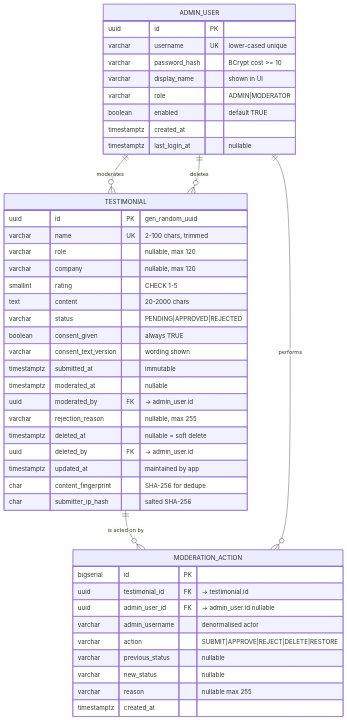
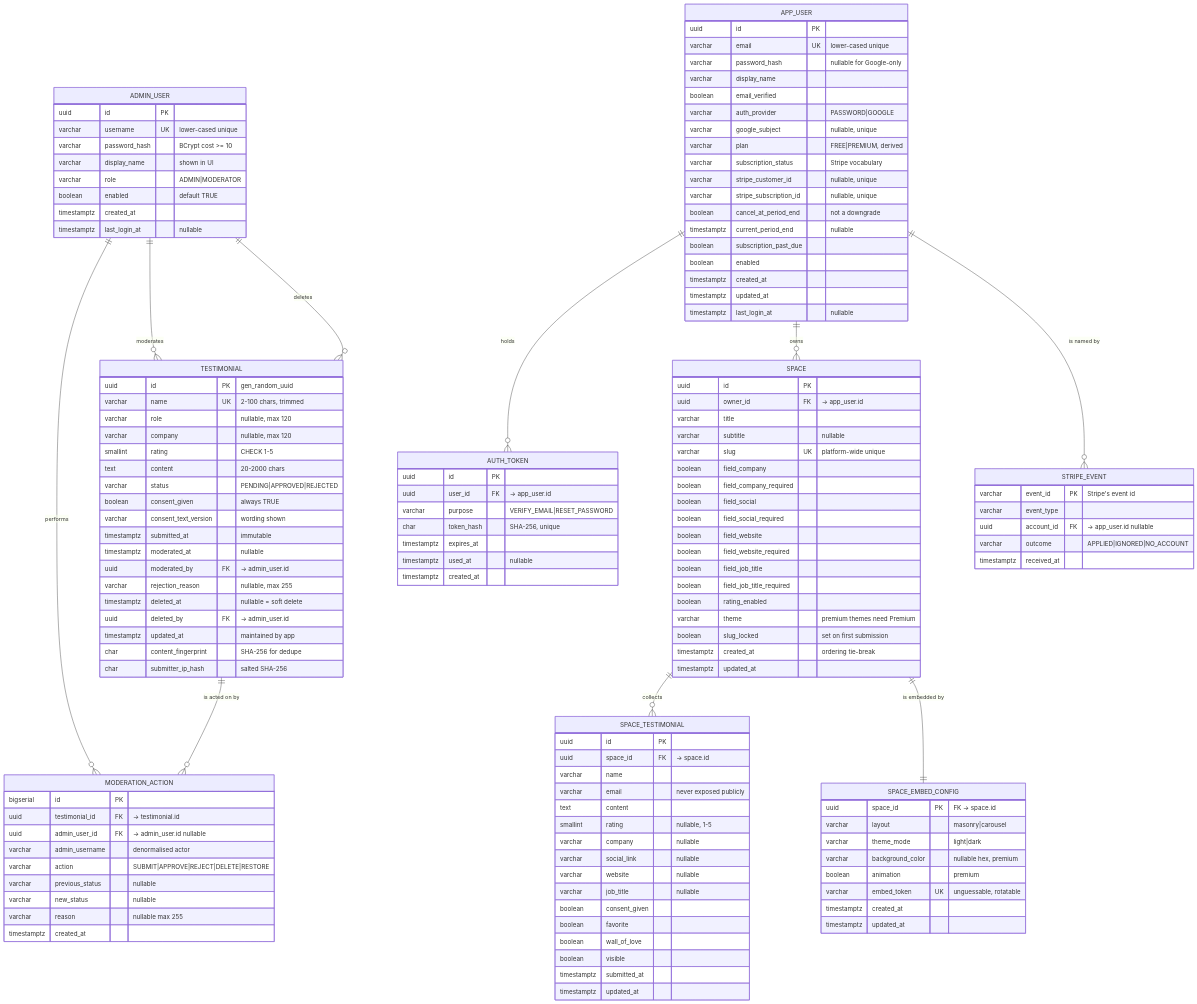
Before and after one commit to Md-Jahid-Hasan-10/loveproof-testimonials: the diagram in docs/data-model.md, drawn with Mermaid. The commit also changed other lines of this file and 2 other files, not shown here.

First line of the commit message:
Document the billing surface and the plan rules

````diff
--- a/docs/data-model.md
+++ b/docs/data-model.md
@@ -168,6 +374,12 @@
     ADMIN_USER ||--o{ MODERATION_ACTION : "performs"
     ADMIN_USER ||--o{ TESTIMONIAL : "moderates"
     ADMIN_USER ||--o{ TESTIMONIAL : "deletes"
+
+    APP_USER ||--o{ AUTH_TOKEN : "holds"
+    APP_USER ||--o{ SPACE : "owns"
+    APP_USER ||--o{ STRIPE_EVENT : "is named by"
+    SPACE ||--o{ SPACE_TESTIMONIAL : "collects"
+    SPACE ||--|| SPACE_EMBED_CONFIG : "is embedded by"
 
     TESTIMONIAL {
         uuid id PK "gen_random_uuid"
@@ -212,4 +424,94 @@
         varchar reason "nullable max 255"
         timestamptz created_at
     }
+
+    APP_USER {
+        uuid id PK
+        varchar email UK "lower-cased unique"
+        varchar password_hash "nullable for Google-only"
+        varchar display_name
+        boolean email_verified
+        varchar auth_provider "PASSWORD|GOOGLE"
+        varchar google_subject "nullable, unique"
+        varchar plan "FREE|PREMIUM, derived"
+        varchar subscription_status "Stripe vocabulary"
+        varchar stripe_customer_id "nullable, unique"
+        varchar stripe_subscription_id "nullable, unique"
+        boolean cancel_at_period_end "not a downgrade"
+        timestamptz current_period_end "nullable"
+        boolean subscription_past_due
+        boolean enabled
+        timestamptz created_at
+        timestamptz updated_at
+        timestamptz last_login_at "nullable"
+    }
+
+    AUTH_TOKEN {
+        uuid id PK
+        uuid user_id FK "-> app_user.id"
+        varchar purpose "VERIFY_EMAIL|RESET_PASSWORD"
+        char token_hash "SHA-256, unique"
+        timestamptz expires_at
+        timestamptz used_at "nullable"
+        timestamptz created_at
+    }
+
+    SPACE {
+        uuid id PK
+        uuid owner_id FK "-> app_user.id"
+        varchar title
+        varchar subtitle "nullable"
+        varchar slug UK "platform-wide unique"
+        boolean field_company
+        boolean field_company_required
+        boolean field_social
+        boolean field_social_required
+        boolean field_website
+        boolean field_website_required
+        boolean field_job_title
+        boolean field_job_title_required
+        boolean rating_enabled
+        varchar theme "premium themes need Premium"
+        boolean slug_locked "set on first submission"
+        timestamptz created_at "ordering tie-break"
+        timestamptz updated_at
+    }
+
+    SPACE_TESTIMONIAL {
+        uuid id PK
+        uuid space_id FK "-> space.id"
+        varchar name
+        varchar email "never exposed publicly"
+        text content
+        smallint rating "nullable, 1-5"
+        varchar company "nullable"
+        varchar social_link "nullable"
+        varchar website "nullable"
+        varchar job_title "nullable"
+        boolean consent_given
+        boolean favorite
+        boolean wall_of_love
+        boolean visible
+        timestamptz submitted_at
+        timestamptz updated_at
+    }
+
+    SPACE_EMBED_CONFIG {
+        uuid space_id PK "FK -> space.id"
+        varchar layout "masonry|carousel"
+        varchar theme_mode "light|dark"
+        varchar background_color "nullable hex, premium"
+        boolean animation "premium"
+        varchar embed_token UK "unguessable, rotatable"
+        timestamptz created_at
+        timestamptz updated_at
+    }
+
+    STRIPE_EVENT {
+        varchar event_id PK "Stripe's event id"
+        varchar event_type
+        uuid account_id FK "-> app_user.id nullable"
+        varchar outcome "APPLIED|IGNORED|NO_ACCOUNT"
+        timestamptz received_at
+    }
 ```
````
